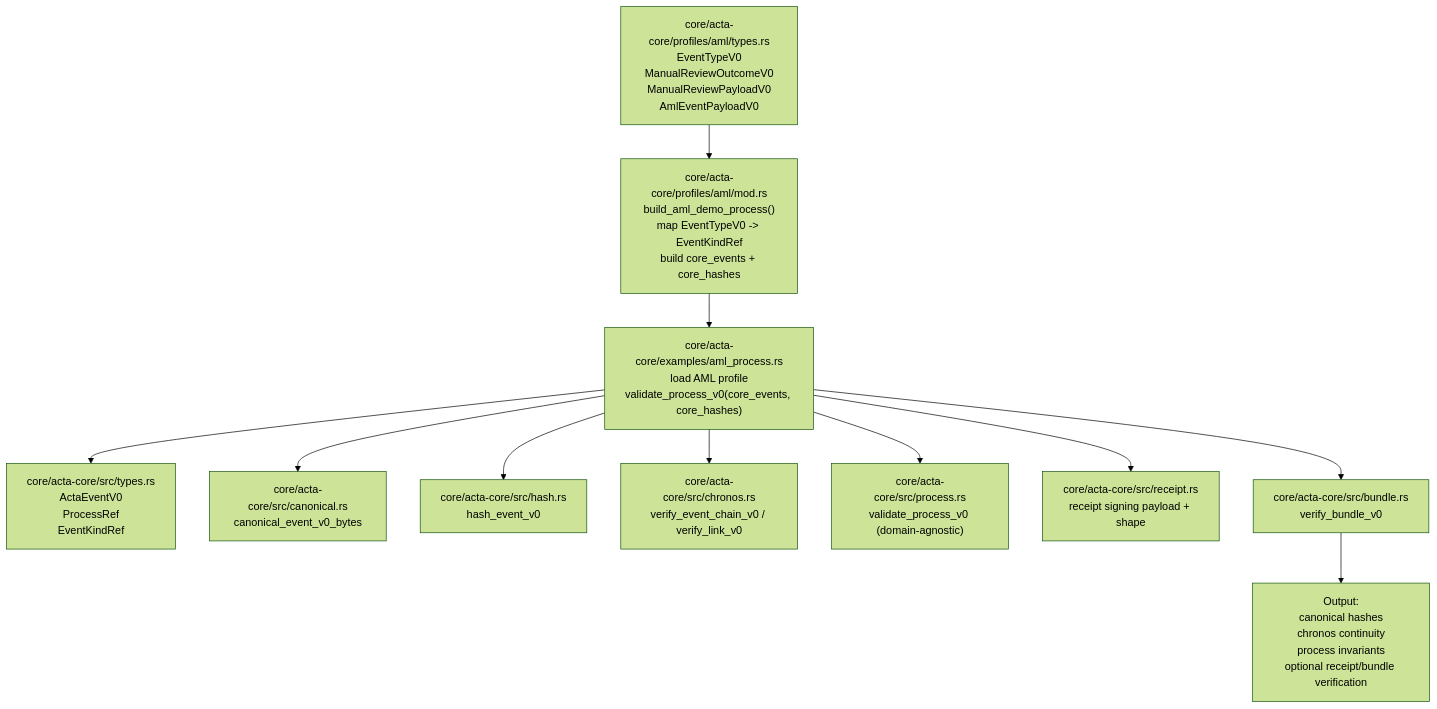
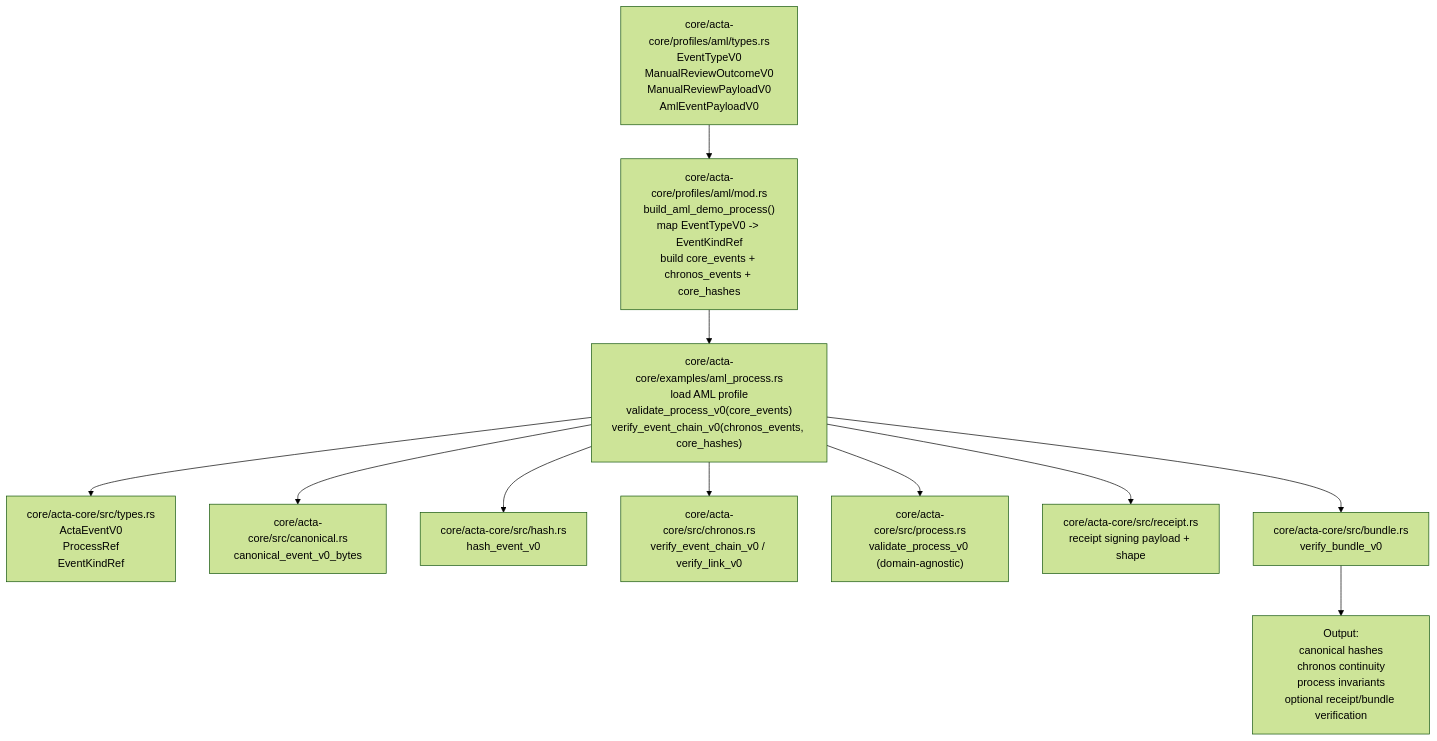
One commit to Horizon-Code/acta-core changed the diagram in README.md. Above: the diagram before and after it, drawn with Mermaid (forest theme). The commit also changed other lines of this file and 9 other files, not shown here.

Commit message:
refactor(core): separate computational event from chronos and attestation models

````diff
--- a/README.md
+++ b/README.md
@@ -14,15 +14,15 @@
 ```mermaid
 flowchart TD
-    A["core/acta-core/profiles/aml/types.rs<br/>EventTypeV0<br/>ManualReviewOutcomeV0<br/>ManualReviewPayloadV0<br/>AmlEventPayloadV0"] --> B["core/acta-core/profiles/aml/mod.rs<br/>build_aml_demo_process()<br/>map EventTypeV0 -> EventKindRef<br/>build core_events + core_hashes"]
-    B --> C["core/acta-core/examples/aml_process.rs<br/>load AML profile<br/>validate_process_v0(core_events, core_hashes)"]
+    A["core/acta-core/profiles/aml/types.rs<br/>EventTypeV0<br/>ManualReviewOutcomeV0<br/>ManualReviewPayloadV0<br/>AmlEventPayloadV0"] --> B["core/acta-core/profiles/aml/mod.rs<br/>build_aml_demo_process()<br/>map EventTypeV0 -> EventKindRef<br/>build core_events + chronos_events + core_hashes"]
+    B --> C["core/acta-core/examples/aml_process.rs<br/>load AML profile<br/>validate_process_v0(core_events)<br/>verify_event_chain_v0(chronos_events, core_hashes)"]
 
     C --> D["core/acta-core/src/types.rs<br/>ActaEventV0<br/>ProcessRef<br/>EventKindRef"]
     C --> E["core/acta-core/src/canonical.rs<br/>canonical_event_v0_bytes"]
     C --> F["core/acta-core/src/hash.rs<br/>hash_event_v0"]
     C --> G["core/acta-core/src/chronos.rs<br/>verify_event_chain_v0 / verify_link_v0"]
     C --> H["core/acta-core/src/process.rs<br/>validate_process_v0 (domain-agnostic)"]
     C --> I["core/acta-core/src/receipt.rs<br/>receipt signing payload + shape"]
     C --> J["core/acta-core/src/bundle.rs<br/>verify_bundle_v0"]
 
     J --> K["Output:<br/>canonical hashes<br/>chronos continuity<br/>process invariants<br/>optional receipt/bundle verification"]
 ```
````
